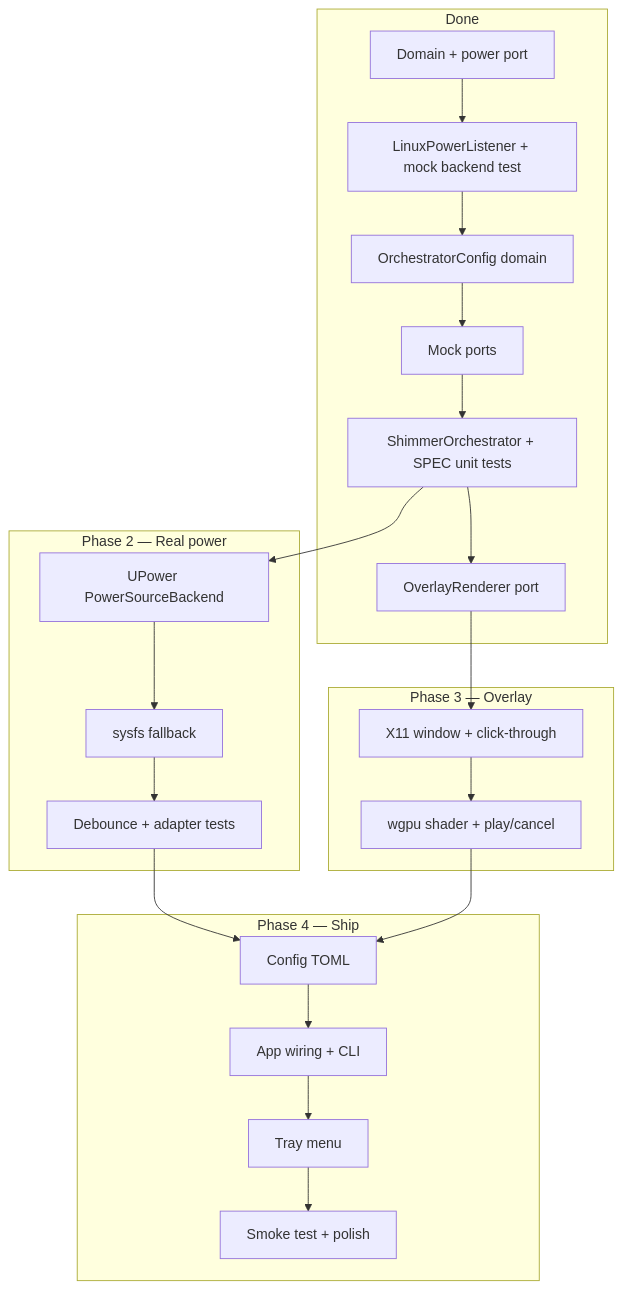
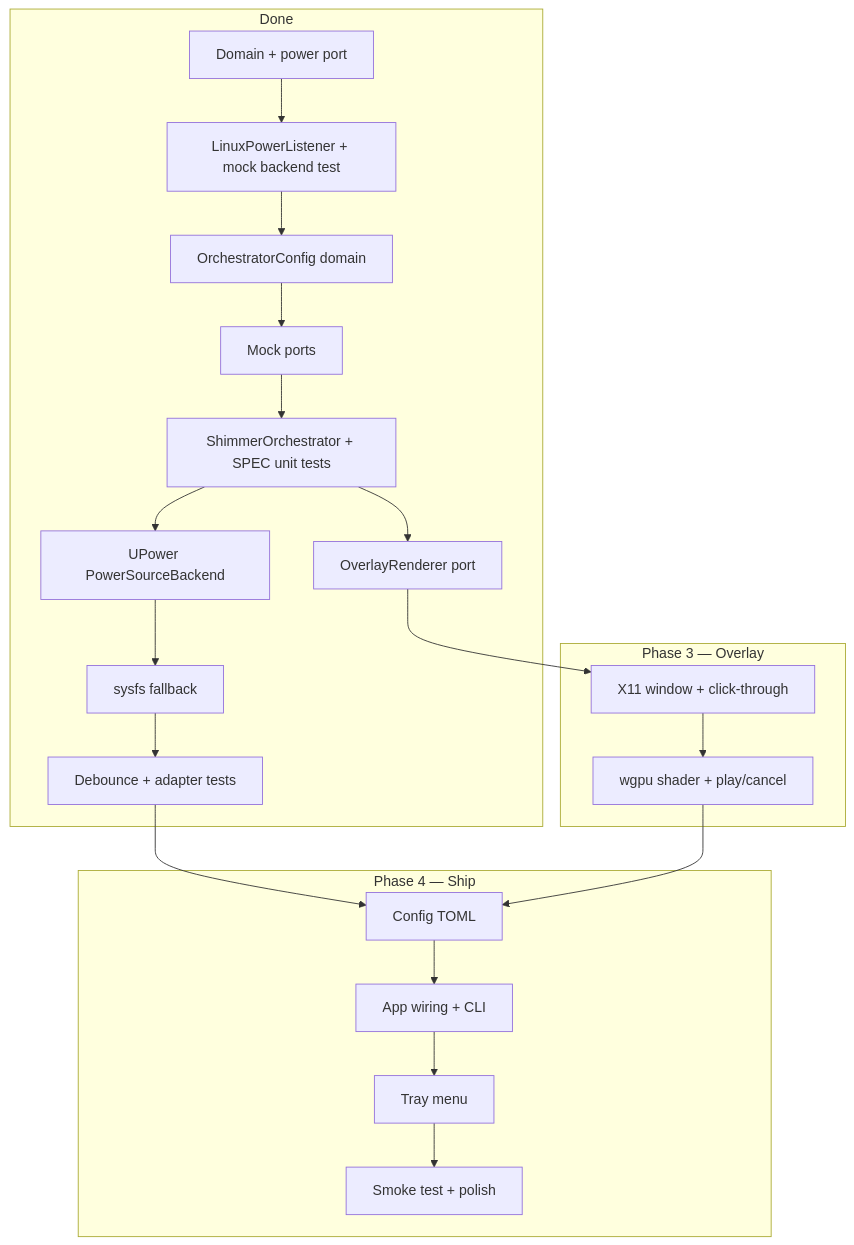
The diagram in ROADMAP.md (CraigKnoblauch/power-shimmer), drawn with Mermaid before and after one commit. The commit also changed other lines of this file and 7 other files, not shown here.

````diff
--- a/ROADMAP.md
+++ b/ROADMAP.md
@@ -53,32 +53,30 @@
 ```mermaid
 flowchart TD
     subgraph done [Done]
         A[Domain + power port]
         B[LinuxPowerListener + mock backend test]
         C[OrchestratorConfig domain]
         D[Mock ports]
         I[OverlayRenderer port]
         E[ShimmerOrchestrator + SPEC unit tests]
-    end
-    subgraph p2 [Phase 2 — Real power]
         F[UPower PowerSourceBackend]
         G[sysfs fallback]
         H[Debounce + adapter tests]
     end
     subgraph p3 [Phase 3 — Overlay]
         J[X11 window + click-through]
         K[wgpu shader + play/cancel]
     end
     subgraph p4 [Phase 4 — Ship]
         L[Config TOML]
         M[App wiring + CLI]
         N[Tray menu]
         O[Smoke test + polish]
     end
     A --> B --> C --> D --> E
     E --> F --> G --> H
     E --> I --> J --> K
     H --> L
     K --> L
     L --> M --> N --> O
 ```
````
